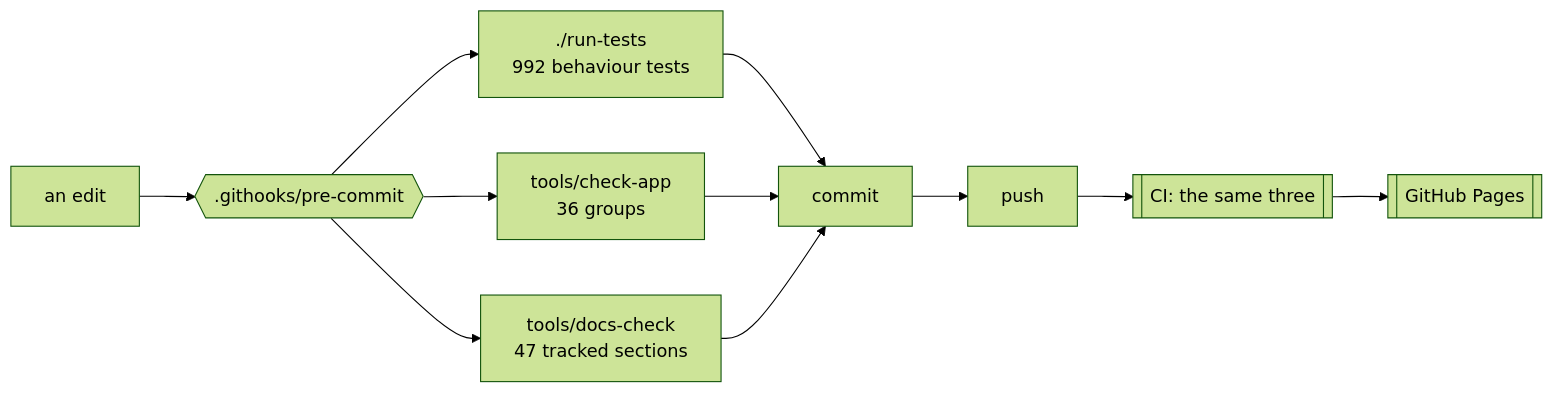
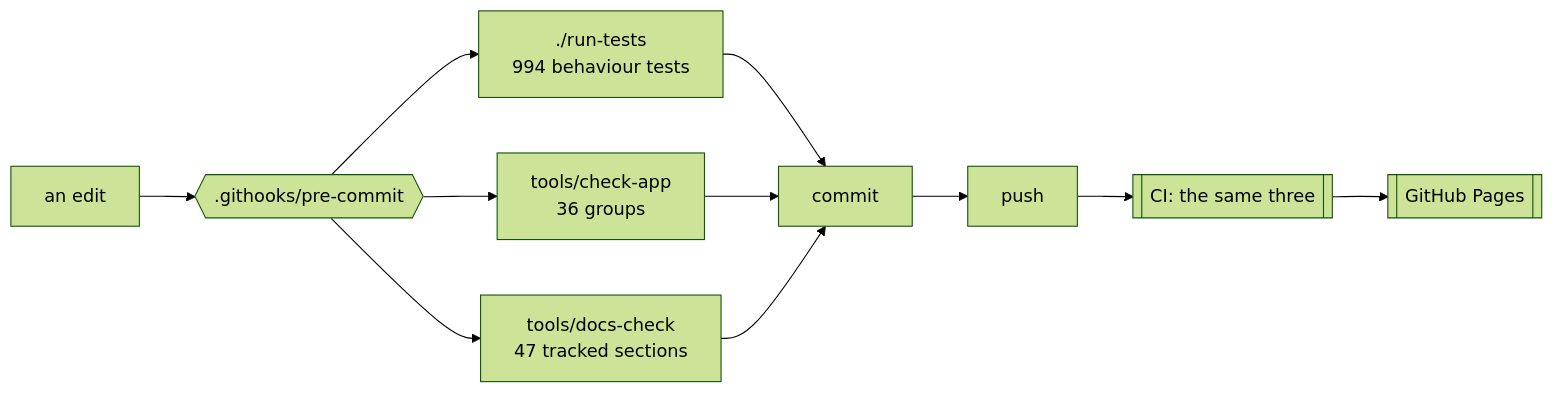
The first of 3 diagrams in docs/DEVELOPING.md (minormending/crystal-pilot-mobile), drawn with Mermaid (forest theme) before and after one commit. The commit also changed other lines of this file and 3 other files, not shown here.

````diff
--- a/docs/DEVELOPING.md
+++ b/docs/DEVELOPING.md
@@ -15,12 +15,12 @@
 ```mermaid
 flowchart LR
     E[an edit] --> H{{".githooks/pre-commit"}}
-    H --> T["./run-tests<br/>992 behaviour tests"]
+    H --> T["./run-tests<br/>994 behaviour tests"]
     H --> C["tools/check-app<br/>36 groups"]
     H --> D["tools/docs-check<br/>47 tracked sections"]
     T --> OK[commit]
     C --> OK
     D --> OK
     OK --> P[push] --> CI[["CI: the same three"]]
     CI --> PG[[GitHub Pages]]
 ```
````
